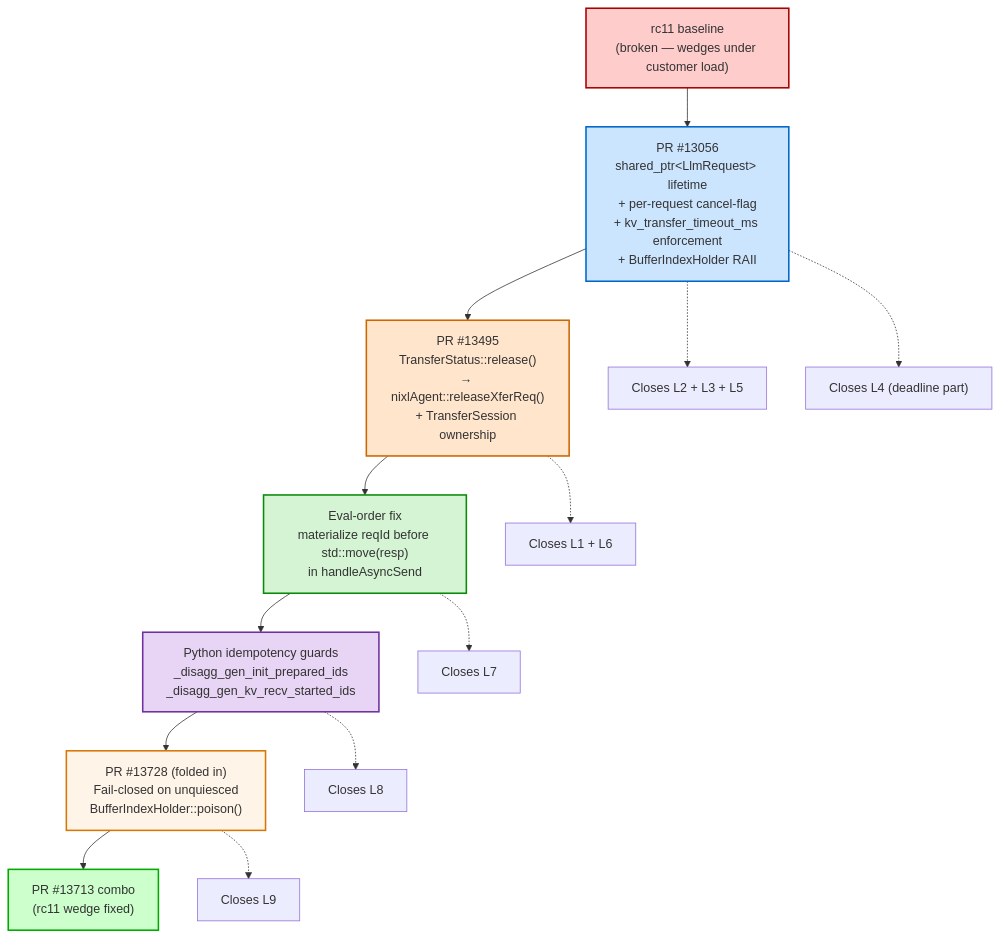
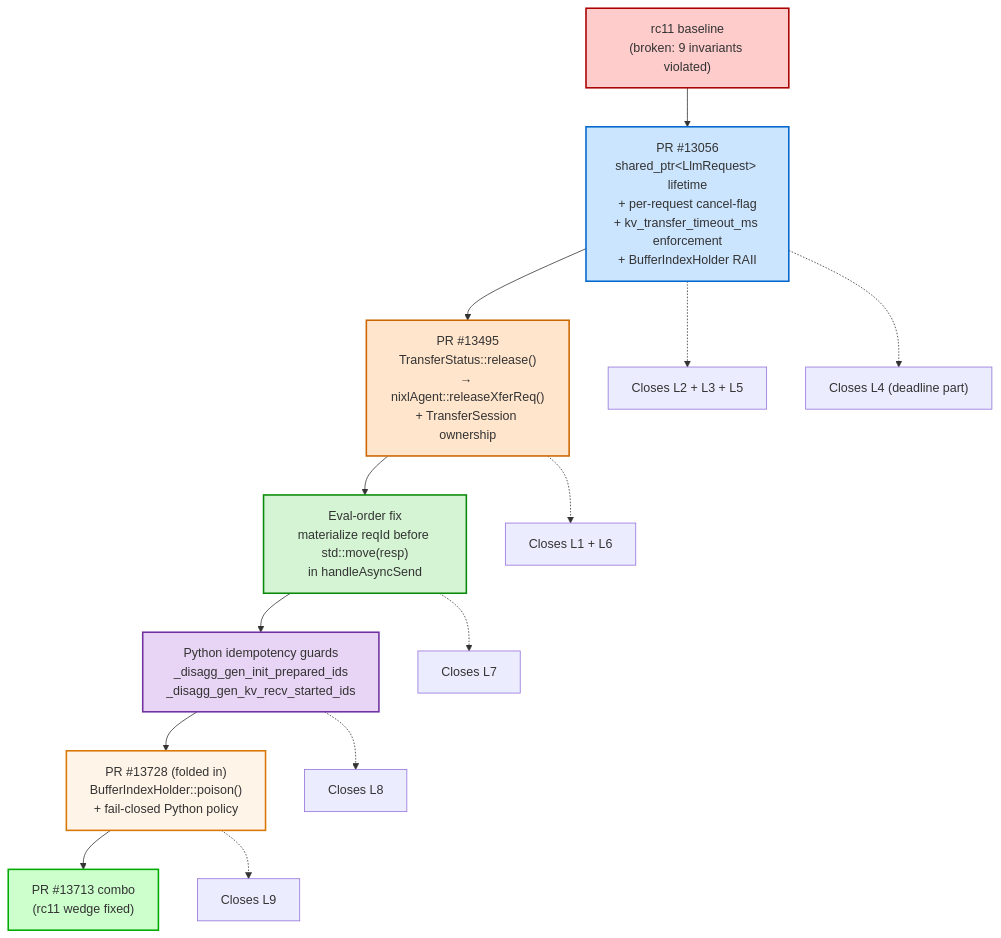
The second of 6 diagrams in docs/investigations/nvbug-6104831-disagg-permanent-wedge/09-executive-summary-rc11-to-rc13.md (chienchunhung/TensorRT-LLM), drawn with Mermaid before and after one commit. The commit also changed other lines of this file, not shown here.

First line of the commit message:
[https://nvbugs/6104831][docs] Make exec summary self-contained; add cancellation/cleanup invariants

````diff
--- a/docs/investigations/nvbug-6104831-disagg-permanent-wedge/09-executive-summary-rc11-to-rc13.md
+++ b/docs/investigations/nvbug-6104831-disagg-permanent-wedge/09-executive-summary-rc11-to-rc13.md
@@ -109,27 +160,27 @@
 ```mermaid
 graph TB
-    rc11["rc11 baseline<br/>(broken — wedges under customer load)"]:::broken
+    rc11["rc11 baseline<br/>(broken: 9 invariants violated)"]:::broken
 
     pr13056["PR #13056<br/>shared_ptr&lt;LlmRequest&gt; lifetime<br/>+ per-request cancel-flag<br/>+ kv_transfer_timeout_ms enforcement<br/>+ BufferIndexHolder RAII"]:::pr13056
     pr13495["PR #13495<br/>TransferStatus::release()<br/>→ nixlAgent::releaseXferReq()<br/>+ TransferSession ownership"]:::pr13495
     evalfix["Eval-order fix<br/>materialize reqId before std::move(resp)<br/>in handleAsyncSend"]:::evalfix
     pyguards["Python idempotency guards<br/>_disagg_gen_init_prepared_ids<br/>_disagg_gen_kv_recv_started_ids"]:::pyguards
-    pr13728["PR #13728 (folded in)<br/>Fail-closed on unquiesced<br/>BufferIndexHolder::poison()"]:::pr13728
+    pr13728["PR #13728 (folded in)<br/>BufferIndexHolder::poison()<br/>+ fail-closed Python policy"]:::pr13728
 
     rc11 --> pr13056 --> pr13495 --> evalfix --> pyguards --> pr13728 --> done["PR #13713 combo<br/>(rc11 wedge fixed)"]:::done
 
     pr13056 -.-> L2L3L4L5["Closes L2 + L3 + L5"]
     pr13056 -.-> L4partial["Closes L4 (deadline part)"]
     pr13495 -.-> L1L6["Closes L1 + L6"]
     evalfix -.-> L7["Closes L7"]
     pyguards -.-> L8["Closes L8"]
     pr13728 -.-> L9["Closes L9"]
 
     classDef pr13056 fill:#cce5ff,stroke:#0066cc,stroke-width:2px
     classDef pr13495 fill:#ffe5cc,stroke:#cc6600,stroke-width:2px
     classDef evalfix fill:#d4f4d4,stroke:#0a8a0a,stroke-width:2px
     classDef pyguards fill:#e8d4f4,stroke:#7030a0,stroke-width:2px
     classDef pr13728 fill:#fff4e8,stroke:#d97706,stroke-width:2px
     classDef done fill:#cfc,stroke:#0a0,stroke-width:2px
     classDef broken fill:#fcc,stroke:#a00,stroke-width:2px
 ```
````
